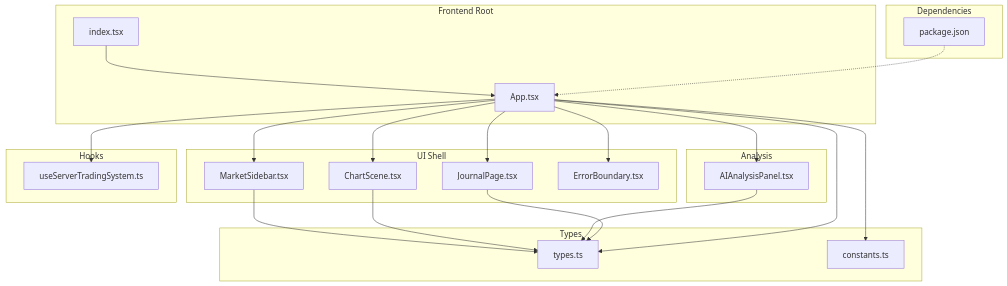
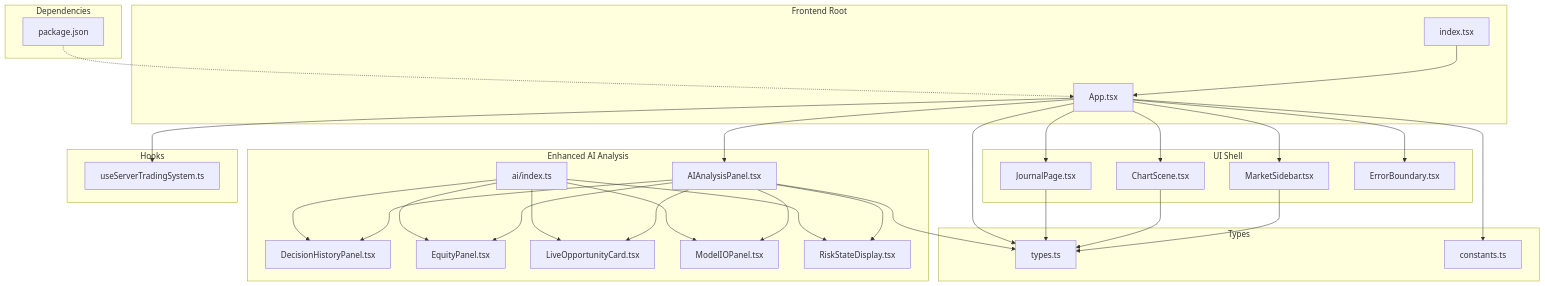
One commit to gemrajkhatry-maker/v5-of-glassytrade-ai changed the first of 5 diagrams in .qoder/repowiki/en/content/Frontend Application/Frontend Application.md. Above: the diagram before and after it, drawn with Mermaid. The commit also changed other lines of this file and 930 other files, not shown here.

````diff
--- a/.qoder/repowiki/en/content/Frontend Application/Frontend Application.md
+++ b/.qoder/repowiki/en/content/Frontend Application/Frontend Application.md
@@ -41,40 +59,56 @@
 ```mermaid
 graph TB
 subgraph "Frontend Root"
 IDX["index.tsx"]
 APP["App.tsx"]
 end
 subgraph "UI Shell"
 MS["MarketSidebar.tsx"]
 CP["ChartScene.tsx"]
 JN["JournalPage.tsx"]
 EB["ErrorBoundary.tsx"]
 end
-subgraph "Analysis"
+subgraph "Enhanced AI Analysis"
 AAP["AIAnalysisPanel.tsx"]
+DHP["DecisionHistoryPanel.tsx"]
+EP["EquityPanel.tsx"]
+LOP["LiveOpportunityCard.tsx"]
+MIP["ModelIOPanel.tsx"]
+RSD["RiskStateDisplay.tsx"]
+AIIDX["ai/index.ts"]
 end
 subgraph "Hooks"
 USTS["useServerTradingSystem.ts"]
 end
 subgraph "Types"
 TYP["types.ts"]
 CST["constants.ts"]
 end
 subgraph "Dependencies"
 PKG["package.json"]
 end
 IDX --> APP
 APP --> MS
 APP --> CP
 APP --> AAP
 APP --> JN
 APP --> EB
 APP --> USTS
 MS --> TYP
 CP --> TYP
 AAP --> TYP
+AAP --> DHP
+AAP --> EP
+AAP --> LOP
+AAP --> MIP
+AAP --> RSD
 JN --> TYP
 APP --> TYP
 APP --> CST
+AIIDX --> DHP
+AIIDX --> EP
+AIIDX --> LOP
+AIIDX --> MIP
+AIIDX --> RSD
 PKG -.-> APP
 ```
````
